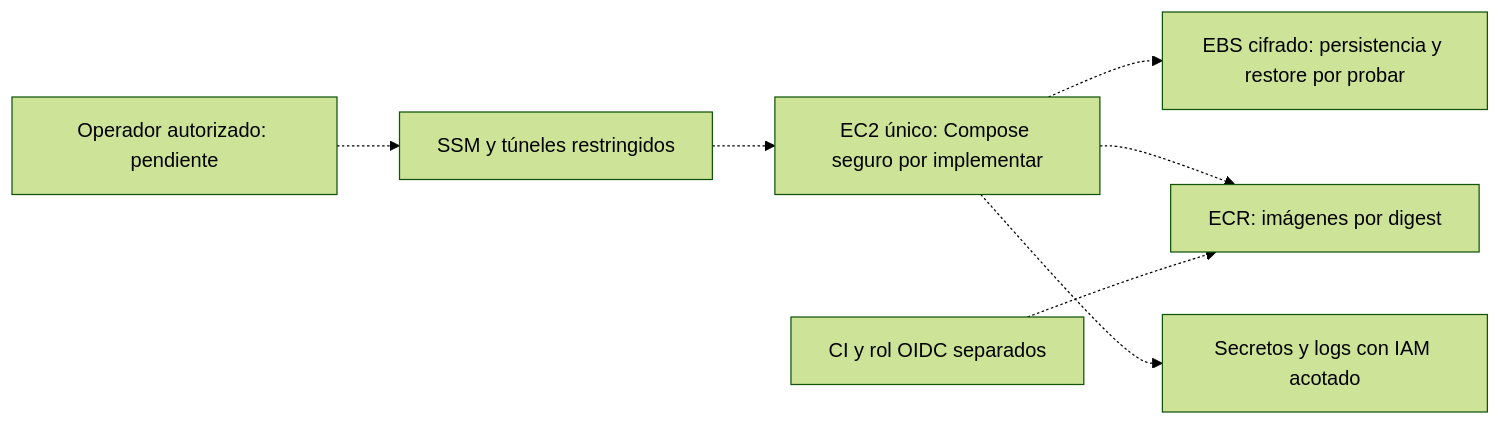
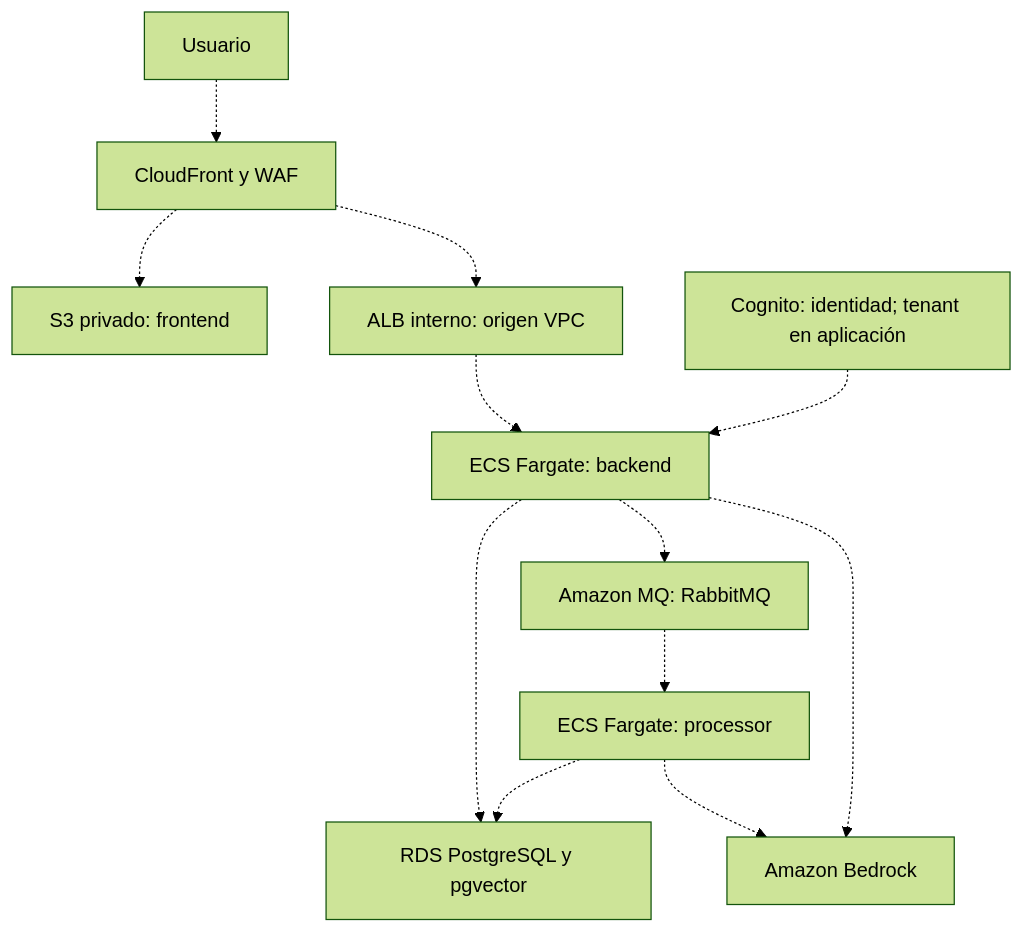
The eighth of 8 diagrams in docs/architecture.md (EconomiconFinOps/tfm-economicon), drawn with Mermaid (forest theme) before and after one commit. The commit also changed other lines of this file and 30 other files, not shown here.

````diff
--- a/docs/architecture.md
+++ b/docs/architecture.md
@@ -336,9 +336,14 @@
 ```mermaid
-flowchart LR
-  O[Operador autorizado: pendiente] -.-> S[SSM y túneles restringidos]
-  S -.-> H[EC2 único: Compose seguro por implementar]
-  H -.-> D[EBS cifrado: persistencia y restore por probar]
-  H -.-> E[ECR: imágenes por digest]
-  H -.-> M[Secretos y logs con IAM acotado]
-  CI[CI y rol OIDC separados] -.-> E
+flowchart TB
+  U[Usuario] -.-> CF[CloudFront y WAF]
+  CF -.-> S3[S3 privado: frontend]
+  CF -.-> ALB[ALB interno: origen VPC]
+  ALB -.-> API[ECS Fargate: backend]
+  API -.-> DB[RDS PostgreSQL y pgvector]
+  API -.-> MQ[Amazon MQ: RabbitMQ]
+  MQ -.-> P[ECS Fargate: processor]
+  P -.-> DB
+  API -.-> AI[Amazon Bedrock]
+  P -.-> AI
+  C[Cognito: identidad; tenant en aplicación] -.-> API
 ```
````
